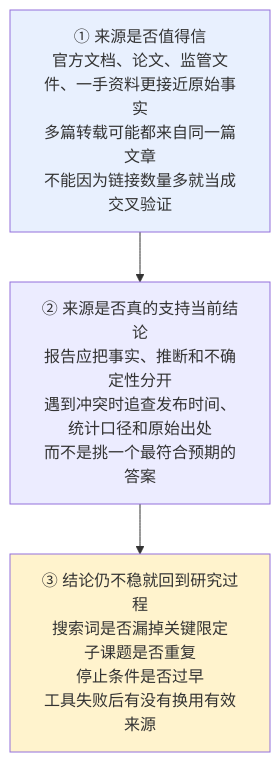
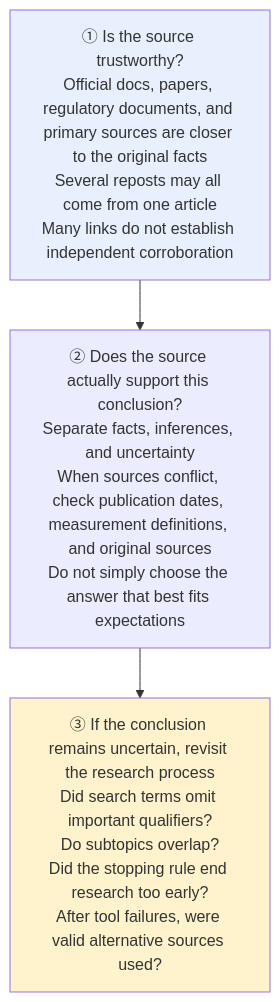
Before and after one commit to oneleaveknowsthefall/awesome-ai-roadmap: the second of 3 diagrams in docs/frameworks/01-langchain/05-production/12-deep-research.md, drawn with Mermaid. The commit also changed other lines of this file and 70 other files, not shown here.

````diff
--- a/docs/frameworks/01-langchain/05-production/12-deep-research.md
+++ b/docs/frameworks/01-langchain/05-production/12-deep-research.md
@@ -81,9 +81,9 @@
 ```mermaid
 flowchart TB
-    A["① 来源是否值得信<br/>官方文档、论文、监管文件、一手资料更接近原始事实<br/>多篇转载可能都来自同一篇文章<br/>不能因为链接数量多就当成交叉验证"]
-    A --> B["② 来源是否真的支持当前结论<br/>报告应把事实、推断和不确定性分开<br/>遇到冲突时追查发布时间、统计口径和原始出处<br/>而不是挑一个最符合预期的答案"]
-    B --> C["③ 结论仍不稳就回到研究过程<br/>搜索词是否漏掉关键限定<br/>子课题是否重复<br/>停止条件是否过早<br/>工具失败后有没有换用有效来源"]
+    A["① Is the source trustworthy?<br/>Official docs, papers, regulatory documents, and primary sources are closer to the original facts<br/>Several reposts may all come from one article<br/>Many links do not establish independent corroboration"]
+    A --> B["② Does the source actually support this conclusion?<br/>Separate facts, inferences, and uncertainty<br/>When sources conflict, check publication dates, measurement definitions, and original sources<br/>Do not simply choose the answer that best fits expectations"]
+    B --> C["③ If the conclusion remains uncertain, revisit the research process<br/>Did search terms omit important qualifiers?<br/>Do subtopics overlap?<br/>Did the stopping rule end research too early?<br/>After tool failures, were valid alternative sources used?"]
 
     style A fill:#e8f0fe
     style C fill:#fff3cd
 ```
````
